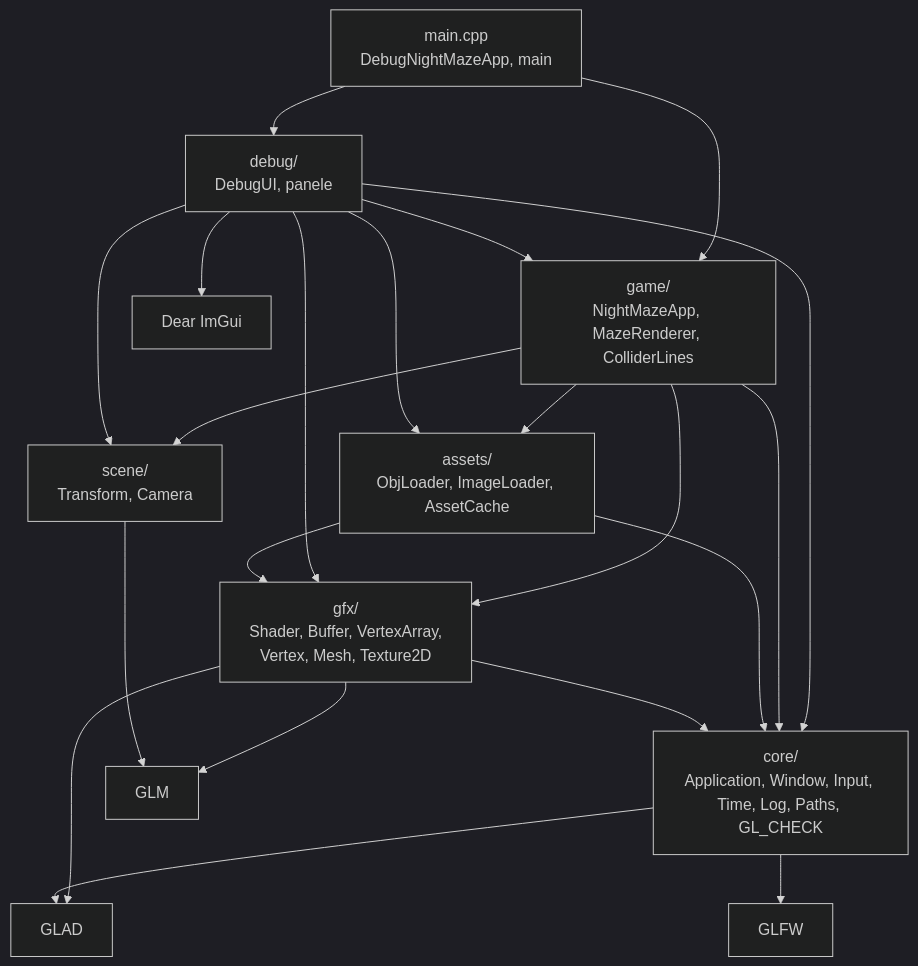
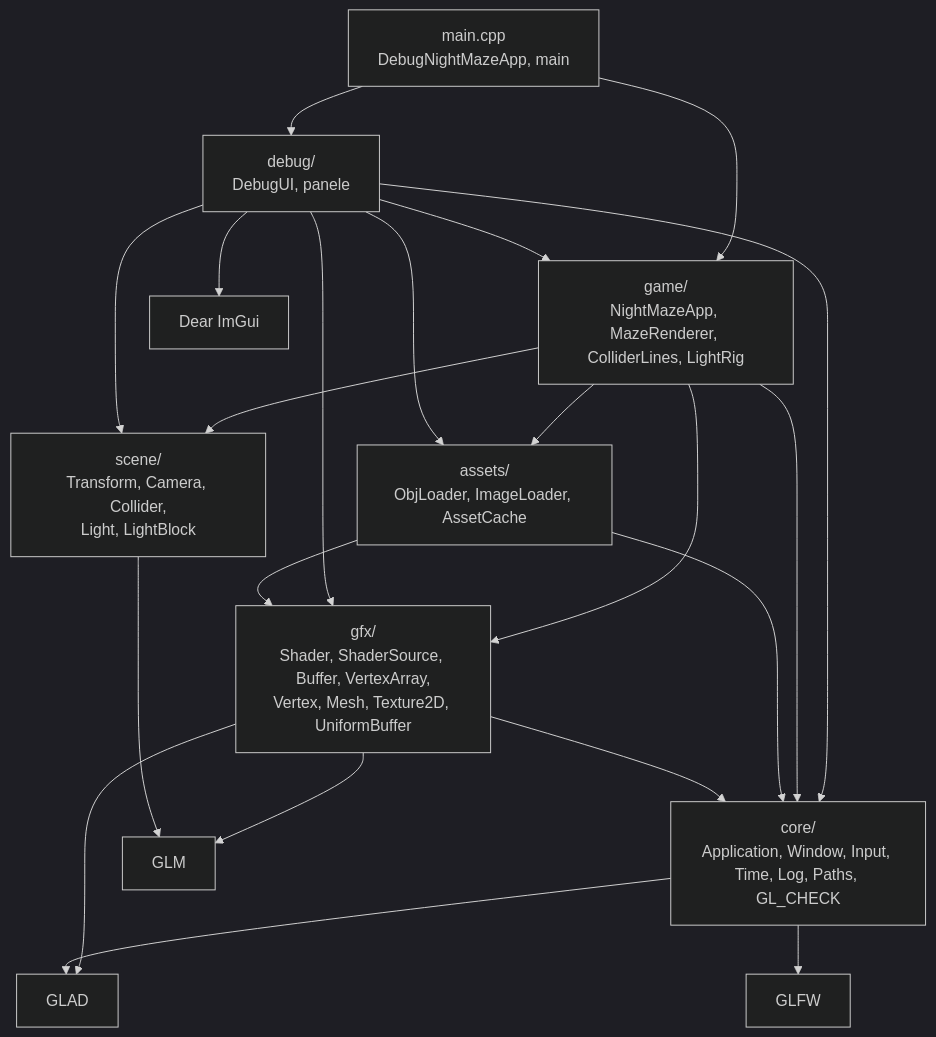
Before and after one commit to Shironex/night-maze: the third of 4 diagrams in docs/modules/gfx/README.md, drawn with Mermaid (dark theme). The commit also changed other lines of this file and 52 other files, not shown here.

First line of the commit message:
feat(game): light the maze with moon, flashlight and point lights

````diff
--- a/docs/modules/gfx/README.md
+++ b/docs/modules/gfx/README.md
@@ -111,23 +113,23 @@
 ```mermaid
 flowchart TD
     Main["main.cpp<br/>DebugNightMazeApp, main"] --> Debug["debug/<br/>DebugUI, panele"]
-    Main --> Game["game/<br/>NightMazeApp, MazeRenderer, ColliderLines"]
+    Main --> Game["game/<br/>NightMazeApp, MazeRenderer, ColliderLines, LightRig"]
     Debug --> Core["core/<br/>Application, Window, Input, Time, Log, Paths, GL_CHECK"]
     Debug --> Game
     Game --> Core
     Game --> Assets
     Game --> Gfx
     Game --> Scene
     Debug --> Assets
     Debug --> Gfx
     Debug --> Scene
     Assets["assets/<br/>ObjLoader, ImageLoader, AssetCache"] --> Gfx
     Assets --> Core
-    Gfx["gfx/<br/>Shader, Buffer, VertexArray,<br/>Vertex, Mesh, Texture2D"] --> Core
+    Gfx["gfx/<br/>Shader, ShaderSource, Buffer, VertexArray,<br/>Vertex, Mesh, Texture2D, UniformBuffer"] --> Core
     Gfx --> Glm
-    Scene["scene/<br/>Transform, Camera"] --> Glm["GLM"]
+    Scene["scene/<br/>Transform, Camera, Collider,<br/>Light, LightBlock"] --> Glm["GLM"]
     Gfx --> Glad["GLAD"]
     Core --> Glad
     Core --> Glfw["GLFW"]
     Debug --> ImGui["Dear ImGui"]
 ```
````
